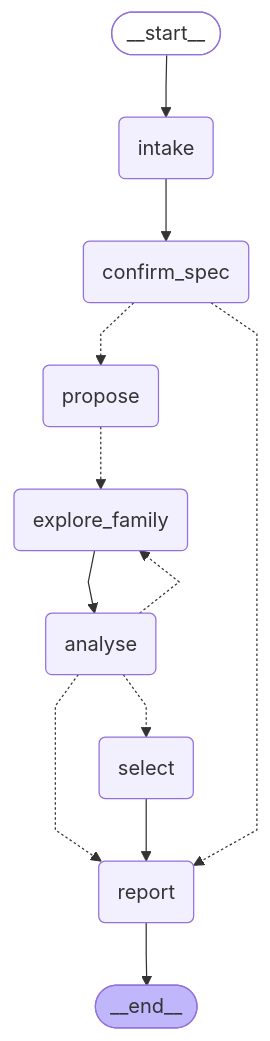
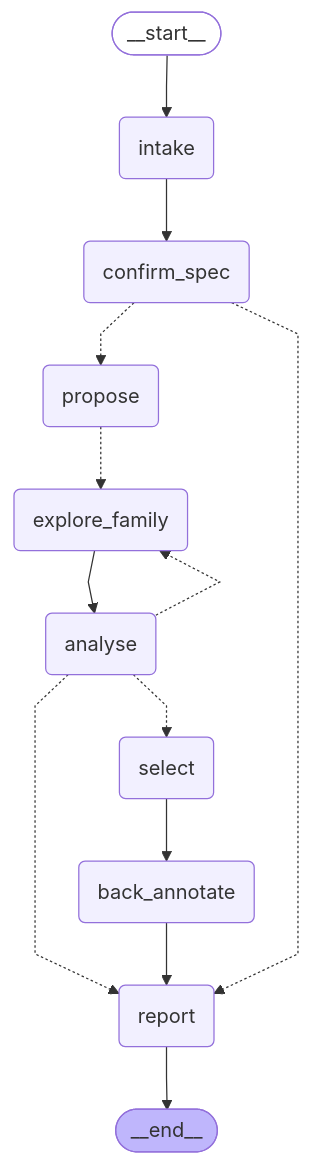
One commit to BrendanJamesLynskey/HW_Design_Space_Agent changed the diagram in README.md. Above: the diagram before and after it, drawn with Mermaid. The commit also changed 15 other files, not shown here.

First line of the commit message:
Agent: whole-curve levers, map_front decision and the L5 back_annotate node

````diff
--- a/README.md
+++ b/README.md
@@ -60,32 +60,34 @@
 ```mermaid
 ---
 config:
   flowchart:
     curve: linear
 ---
 graph TD;
 	__start__([<p>__start__</p>]):::first
 	intake(intake)
 	confirm_spec(confirm_spec)
 	propose(propose)
 	explore_family(explore_family)
 	analyse(analyse)
 	select(select)
+	back_annotate(back_annotate)
 	report(report)
 	__end__([<p>__end__</p>]):::last
 	__start__ --> intake;
 	analyse -.-> explore_family;
 	analyse -.-> report;
 	analyse -.-> select;
+	back_annotate --> report;
 	confirm_spec -.-> propose;
 	confirm_spec -.-> report;
 	explore_family --> analyse;
 	intake --> confirm_spec;
 	propose -.-> explore_family;
-	select --> report;
+	select --> back_annotate;
 	report --> __end__;
 	classDef default fill:#f2f0ff,line-height:1.2
 	classDef first fill-opacity:0
 	classDef last fill:#bfb6fc
 
 ```
````
